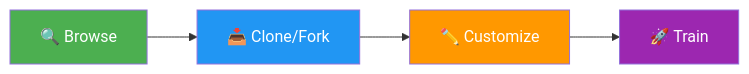
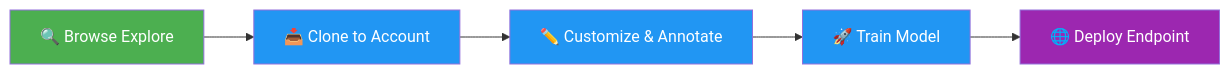
One commit to shashankktiwarii3/ultralytics2 changed the first of 3 diagrams in docs/en/platform/explore.md. Above: the diagram before and after it, drawn with Mermaid. The commit also changed other lines of this file and 930 other files, not shown here.

````diff
--- a/docs/en/platform/explore.md
+++ b/docs/en/platform/explore.md
@@ -13,11 +14,11 @@
 ```mermaid
 graph LR
-    A[🔍 Browse] --> B[📥 Clone/Fork]
-    B --> C[✏️ Customize]
-    C --> D[🚀 Train]
+    A[🔍 Browse Explore]:::start --> B[📥 Clone to Account]:::proc
+    B --> C[✏️ Customize & Annotate]:::proc
+    C --> D[🚀 Train Model]:::proc
+    D --> E[🌐 Deploy Endpoint]:::out
 
-    style A fill:#4CAF50,color:#fff
-    style B fill:#2196F3,color:#fff
-    style C fill:#FF9800,color:#fff
-    style D fill:#9C27B0,color:#fff
+    classDef start fill:#4CAF50,color:#fff
+    classDef proc fill:#2196F3,color:#fff
+    classDef out fill:#9C27B0,color:#fff
 ```
````
